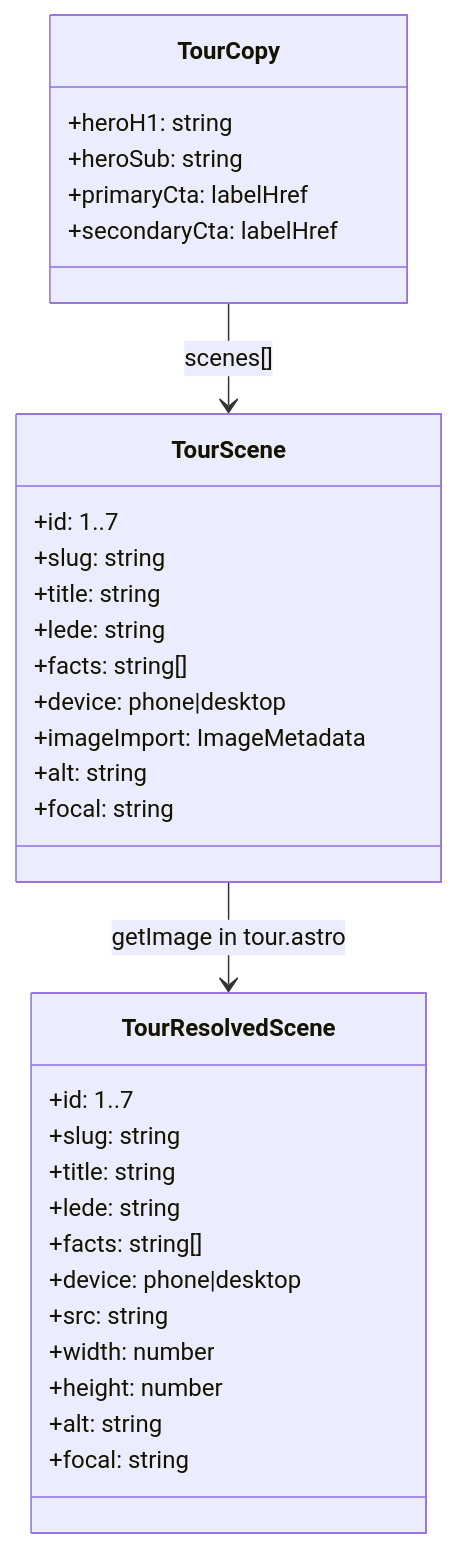
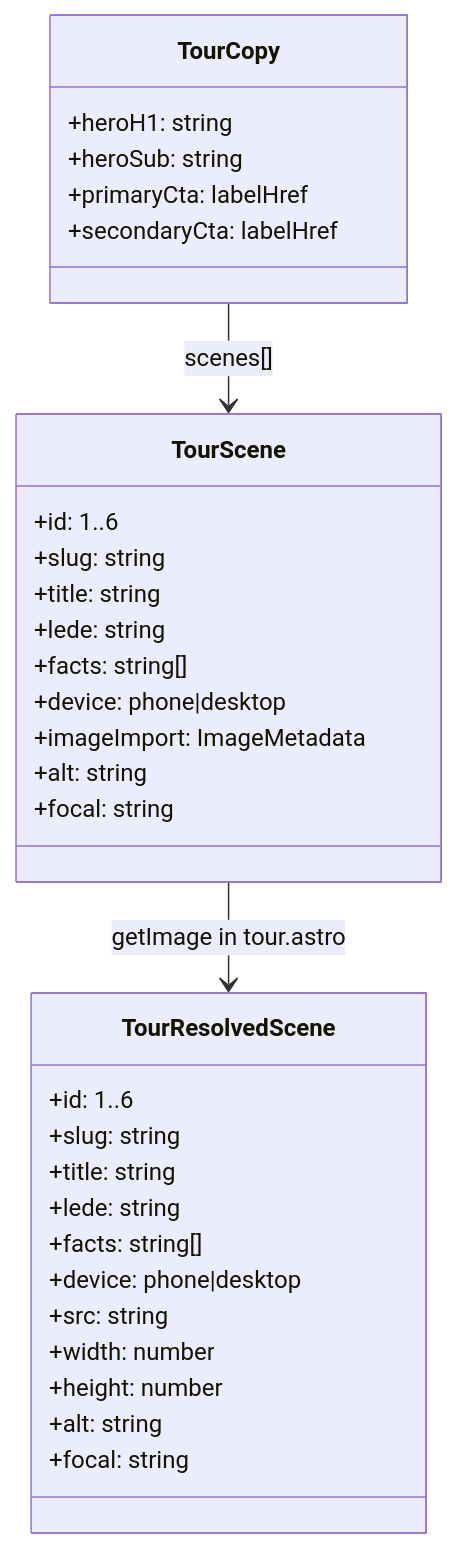
The first of 2 diagrams in docs/Tech_Plan_—_Product_Tour_(tour)_#466.md (PierreTsia/workout-app), drawn with Mermaid before and after one commit. The commit also changed other lines of this file and 6 other files, not shown here.

````diff
--- a/docs/Tech_Plan_—_Product_Tour_(tour)_#466.md
+++ b/docs/Tech_Plan_—_Product_Tour_(tour)_#466.md
@@ -40,35 +40,35 @@
 ```mermaid
 classDiagram
   class TourScene {
-    +id: 1..7
+    +id: 1..6
     +slug: string
     +title: string
     +lede: string
     +facts: string[]
     +device: phone|desktop
     +imageImport: ImageMetadata
     +alt: string
     +focal: string
   }
   class TourResolvedScene {
-    +id: 1..7
+    +id: 1..6
     +slug: string
     +title: string
     +lede: string
     +facts: string[]
     +device: phone|desktop
     +src: string
     +width: number
     +height: number
     +alt: string
     +focal: string
   }
   class TourCopy {
     +heroH1: string
     +heroSub: string
     +primaryCta: labelHref
     +secondaryCta: labelHref
   }
   TourCopy --> TourScene : scenes[]
   TourScene --> TourResolvedScene : getImage in tour.astro
 ```
````
